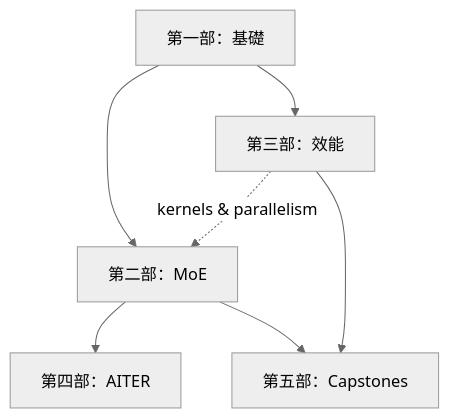
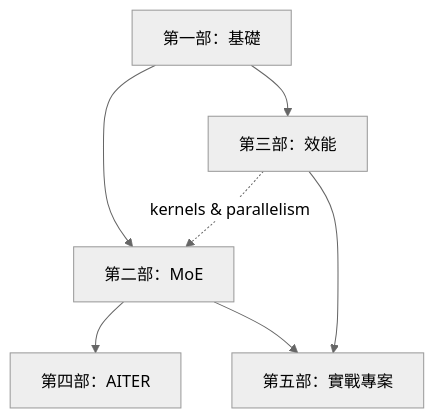
One commit to youyun8/deep-kernel-handbook changed the diagram in docs/reading-path.md. Above: the diagram before and after it, drawn with Mermaid (neutral theme). The commit also changed other lines of this file and 10 other files, not shown here.

````diff
--- a/docs/reading-path.md
+++ b/docs/reading-path.md
@@ -6,10 +6,10 @@
 ```mermaid
 flowchart TD
     A[第一部：基礎] --> B[第二部：MoE]
     A --> C[第三部：效能]
     C -.kernels & parallelism.-> B
     B --> E[第四部：AITER]
-    B --> D[第五部：Capstones]
+    B --> D[第五部：實戰專案]
     C --> D
     class B flagship;
 ```
````
